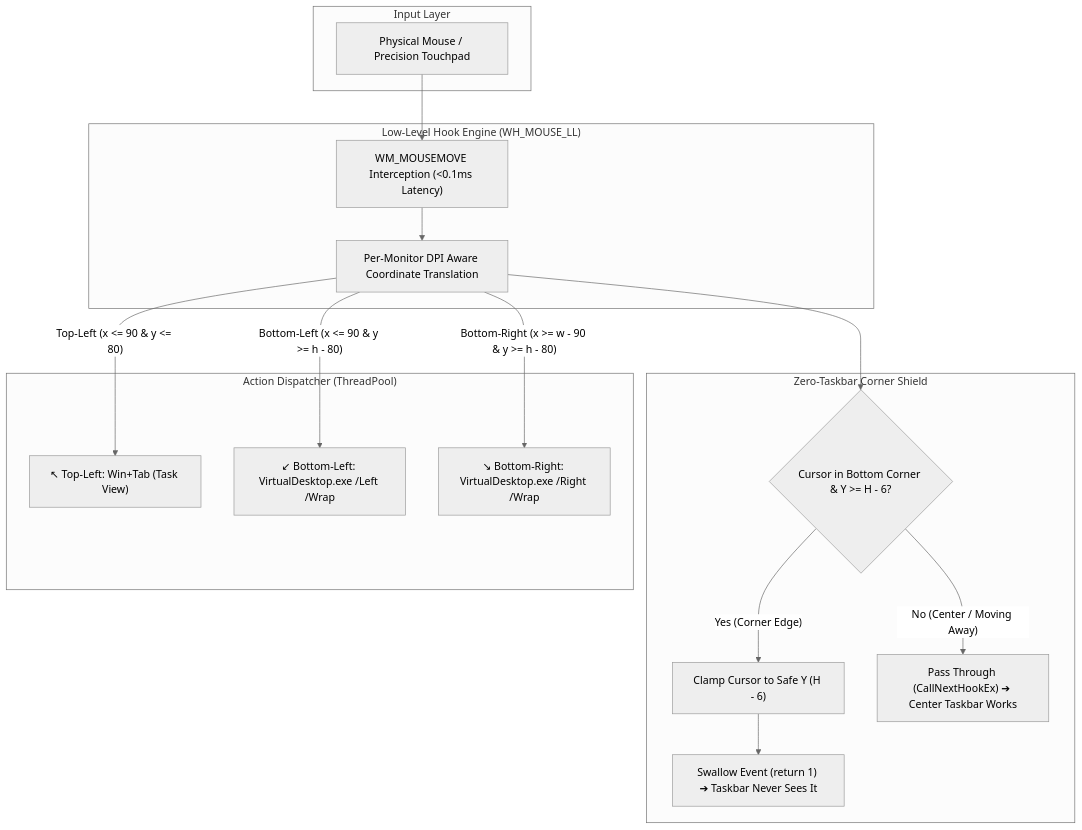
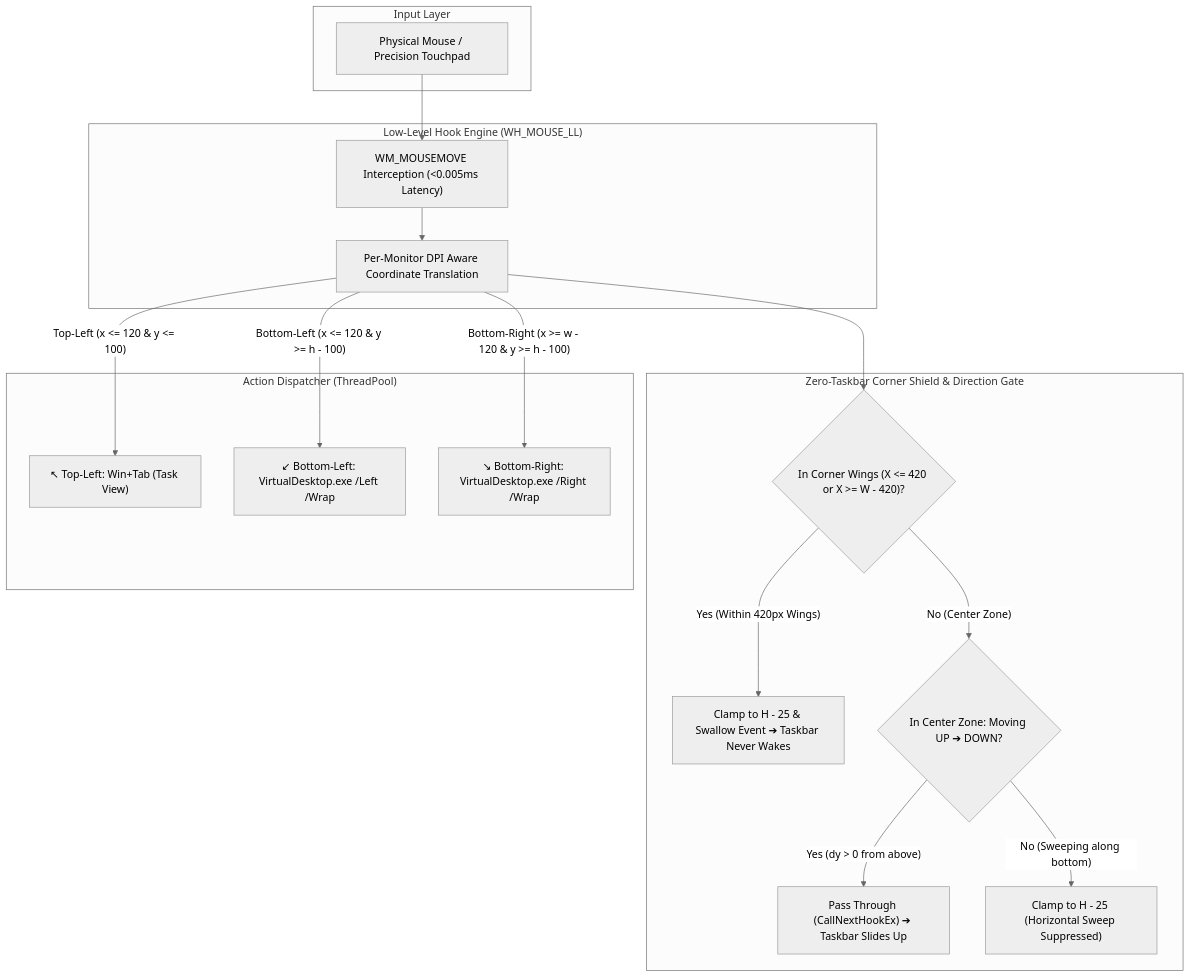
Before and after one commit to vinman2006/HotCorners: the diagram in README.md, drawn with Mermaid (neutral theme). The commit also changed other lines of this file and 2 other files, not shown here.

Commit message:
feat: HotCorners v2.1 with 420px Shield Wings and Up-to-Down Directional Sensor Gate

````diff
--- a/README.md
+++ b/README.md
@@ -96,31 +99,34 @@
 ```mermaid
 flowchart TD
     subgraph Hardware ["Input Layer"]
         Mouse["Physical Mouse / Precision Touchpad"]
     end
 
     subgraph KernelHook ["Low-Level Hook Engine (WH_MOUSE_LL)"]
-        HookProc["WM_MOUSEMOVE Interception (<0.1ms Latency)"]
+        HookProc["WM_MOUSEMOVE Interception (<0.005ms Latency)"]
         DPI["Per-Monitor DPI Aware Coordinate Translation"]
     end
 
-    subgraph CornerShield ["Zero-Taskbar Corner Shield"]
-        ShieldCheck{"Cursor in Bottom Corner & Y >= H - 6?"}
-        Clamp["Clamp Cursor to Safe Y (H - 6)"]
-        Swallow["Swallow Event (return 1) ➔ Taskbar Never Sees It"]
-        PassCenter["Pass Through (CallNextHookEx) ➔ Center Taskbar Works"]
+    subgraph CornerShield ["Zero-Taskbar Corner Shield & Direction Gate"]
+        CheckWings{"In Corner Wings (X <= 420 or X >= W - 420)?"}
+        ClampWing["Clamp to H - 25 & Swallow Event ➔ Taskbar Never Wakes"]
+        CheckCenter{"In Center Zone: Moving UP ➔ DOWN?"}
+        AllowCenter["Pass Through (CallNextHookEx) ➔ Taskbar Slides Up"]
+        ClampSweep["Clamp to H - 25 (Horizontal Sweep Suppressed)"]
     end
 
     subgraph Dispatcher ["Action Dispatcher (ThreadPool)"]
         TopLeft["↖ Top-Left: Win+Tab (Task View)"]
         BottomLeft["↙ Bottom-Left: VirtualDesktop.exe /Left /Wrap"]
         BottomRight["↘ Bottom-Right: VirtualDesktop.exe /Right /Wrap"]
     end
 
-    Mouse --> HookProc --> DPI --> ShieldCheck
-    ShieldCheck -- "Yes (Corner Edge)" --> Clamp --> Swallow
-    ShieldCheck -- "No (Center / Moving Away)" --> PassCenter
-    DPI -- "Top-Left (x <= 90 & y <= 80)" --> TopLeft
-    DPI -- "Bottom-Left (x <= 90 & y >= h - 80)" --> BottomLeft
-    DPI -- "Bottom-Right (x >= w - 90 & y >= h - 80)" --> BottomRight
+    Mouse --> HookProc --> DPI --> CheckWings
+    CheckWings -- "Yes (Within 420px Wings)" --> ClampWing
+    CheckWings -- "No (Center Zone)" --> CheckCenter
+    CheckCenter -- "Yes (dy > 0 from above)" --> AllowCenter
+    CheckCenter -- "No (Sweeping along bottom)" --> ClampSweep
+    DPI -- "Top-Left (x <= 120 & y <= 100)" --> TopLeft
+    DPI -- "Bottom-Left (x <= 120 & y >= h - 100)" --> BottomLeft
+    DPI -- "Bottom-Right (x >= w - 120 & y >= h - 100)" --> BottomRight
 ```
````
